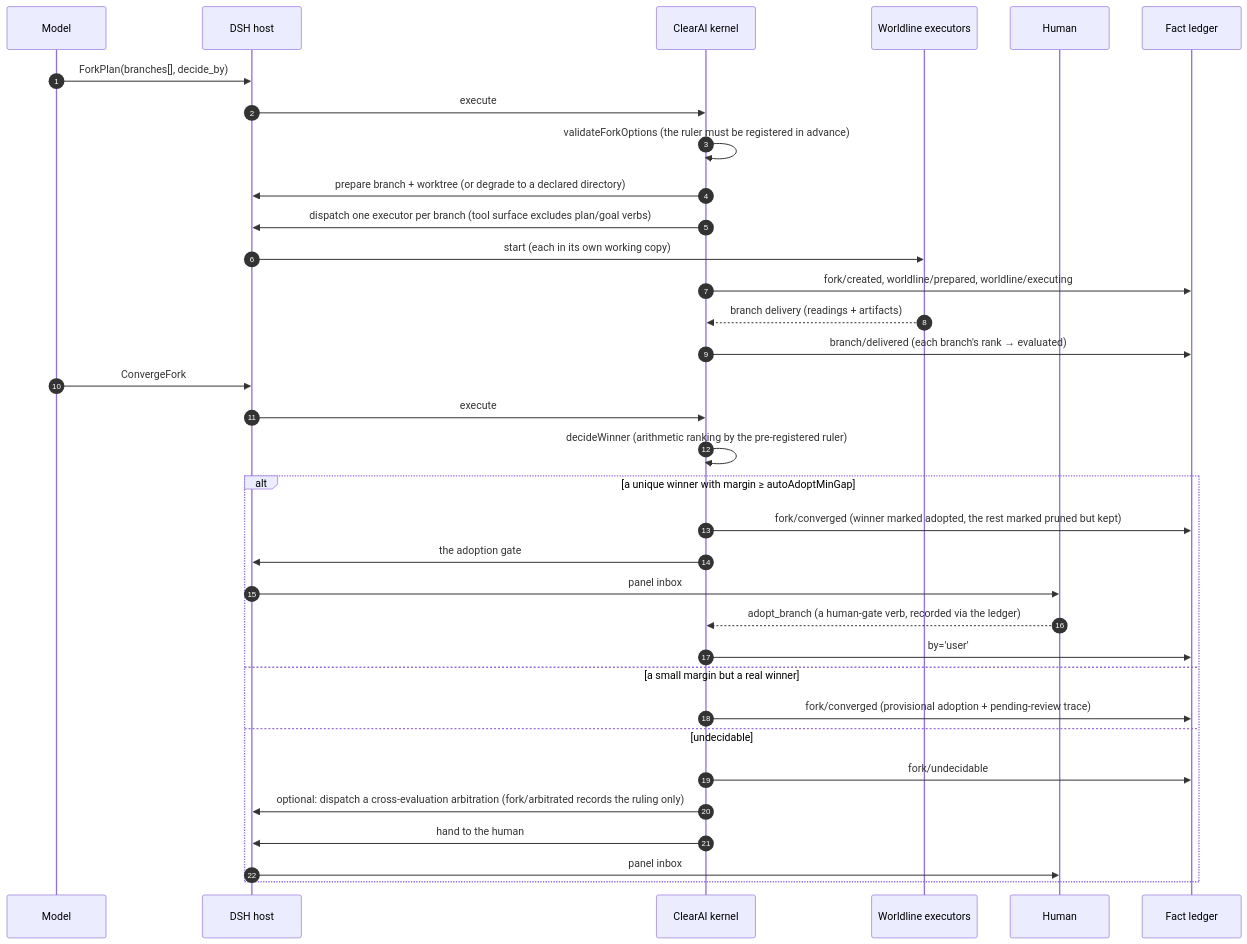
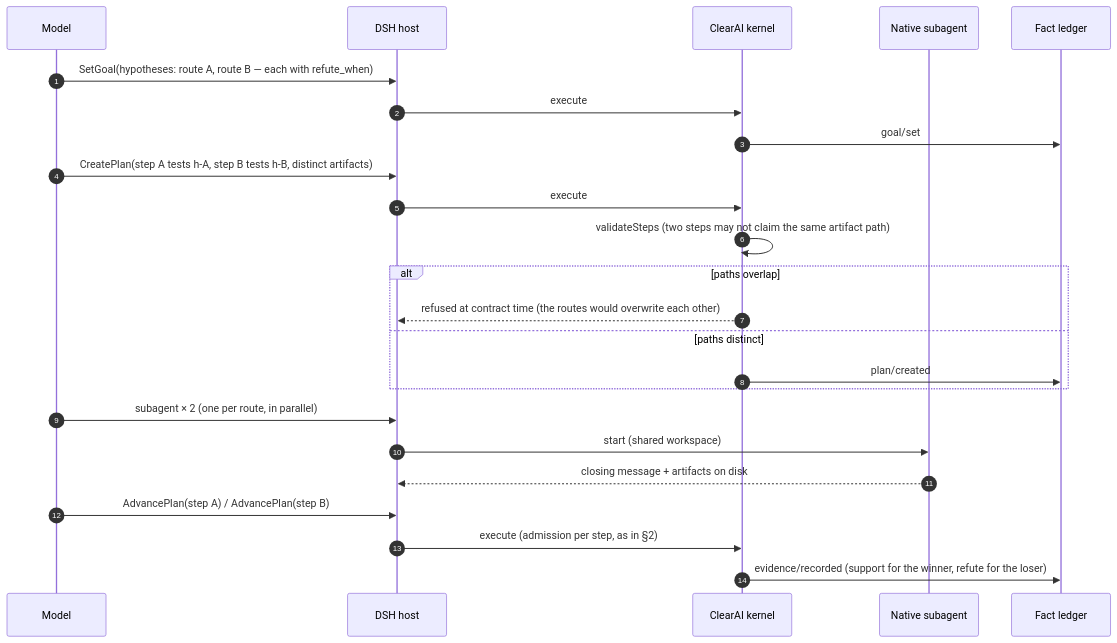
One commit to Clearailhc/clearai-dsh changed the fifth of 7 diagrams in docs/optimization/timing-diagrams.md. Above: the diagram before and after it, drawn with Mermaid. The commit also changed other lines of this file and 185 other files, not shown here.

````diff
--- a/docs/optimization/timing-diagrams.md
+++ b/docs/optimization/timing-diagrams.md
@@ -189,39 +192,27 @@
 ```mermaid
 sequenceDiagram
     autonumber
     participant M as Model
     participant D as DSH host
     participant K as ClearAI kernel
-    participant X as Worldline executors
-    participant H as Human
+    participant S as Native subagent
     participant L as Fact ledger
 
-    M->>D: ForkPlan(branches[], decide_by)
+    M->>D: SetGoal(hypotheses: route A, route B — each with refute_when)
     D->>K: execute
-    K->>K: validateForkOptions (the ruler must be registered in advance)
-    K->>D: prepare branch + worktree (or degrade to a declared directory)
-    K->>D: dispatch one executor per branch (tool surface excludes plan/goal verbs)
-    D->>X: start (each in its own working copy)
-    K->>L: fork/created, worldline/prepared, worldline/executing
-
-    X-->>K: branch delivery (readings + artifacts)
-    K->>L: branch/delivered (each branch's rank → evaluated)
-
-    M->>D: ConvergeFork
+    K->>L: goal/set
+    M->>D: CreatePlan(step A tests h-A, step B tests h-B, distinct artifacts)
     D->>K: execute
-    K->>K: decideWinner (arithmetic ranking by the pre-registered ruler)
-    alt a unique winner with margin ≥ autoAdoptMinGap
-        K->>L: fork/converged (winner marked adopted, the rest marked pruned but kept)
-        K->>D: the adoption gate
-        D->>H: panel inbox
-        H-->>K: adopt_branch (a human-gate verb, recorded via the ledger)
-        K->>L: by='user'
-    else a small margin but a real winner
-        K->>L: fork/converged (provisional adoption + pending-review trace)
-    else undecidable
-        K->>L: fork/undecidable
-        K->>D: optional: dispatch a cross-evaluation arbitration (fork/arbitrated records the ruling only)
-        K->>D: hand to the human
-        D->>H: panel inbox
+    K->>K: validateSteps (two steps may not claim the same artifact path)
+    alt paths overlap
+        K-->>D: refused at contract time (the routes would overwrite each other)
+    else paths distinct
+        K->>L: plan/created
     end
+    M->>D: subagent × 2 (one per route, in parallel)
+    D->>S: start (shared workspace)
+    S-->>D: closing message + artifacts on disk
+    M->>D: AdvancePlan(step A) / AdvancePlan(step B)
+    D->>K: execute (admission per step, as in §2)
+    K->>L: evidence/recorded (support for the winner, refute for the loser)
 ```
````
